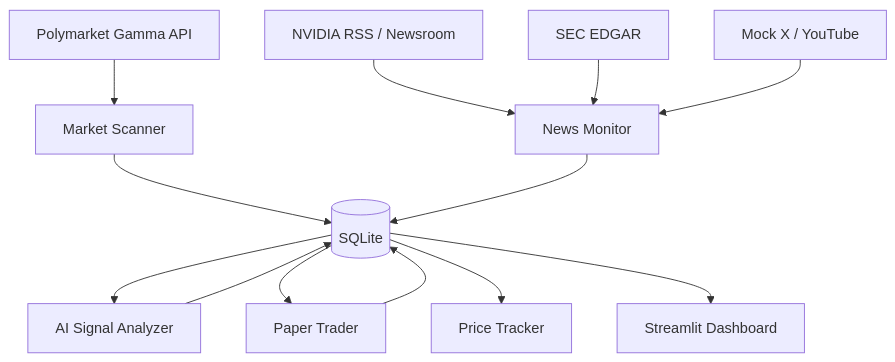
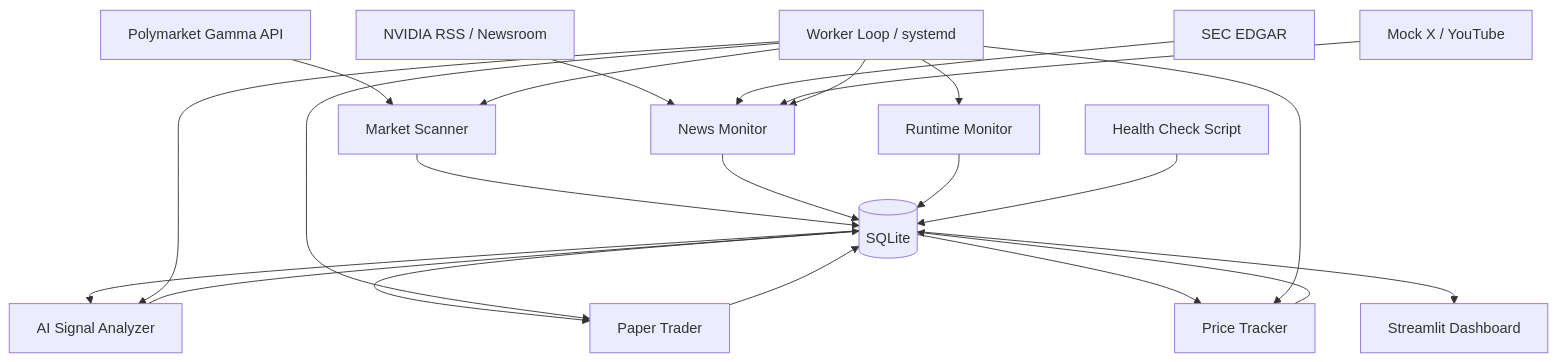
The diagram in docs/system_architecture.md (yingyangzhang459003-maker/CC), drawn with Mermaid before and after one commit. The commit also changed other lines of this file and 17 other files, not shown here.

````diff
--- a/docs/system_architecture.md
+++ b/docs/system_architecture.md
@@ -5,15 +5,24 @@
 ```mermaid
 flowchart TD
     A[Polymarket Gamma API] --> B[Market Scanner]
     B --> C[(SQLite)]
     D[NVIDIA RSS / Newsroom] --> E[News Monitor]
     F[SEC EDGAR] --> E
     G[Mock X / YouTube] --> E
     E --> C
     C --> H[AI Signal Analyzer]
     H --> C
     C --> I[Paper Trader]
     I --> C
     C --> J[Price Tracker]
+    J --> C
     C --> K[Streamlit Dashboard]
+    L[Worker Loop / systemd] --> M[Runtime Monitor]
+    M --> C
+    L --> B
+    L --> E
+    L --> H
+    L --> I
+    L --> J
+    N[Health Check Script] --> C
 ```
````
